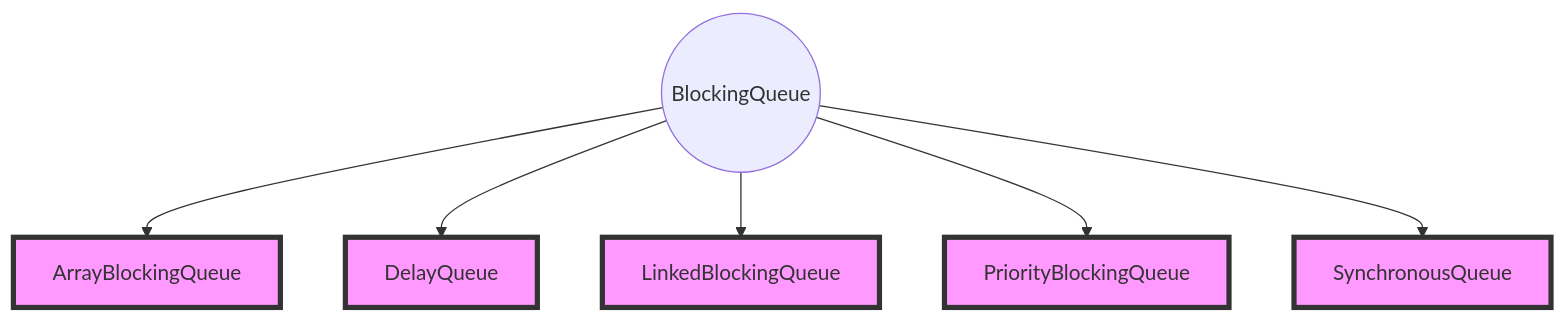
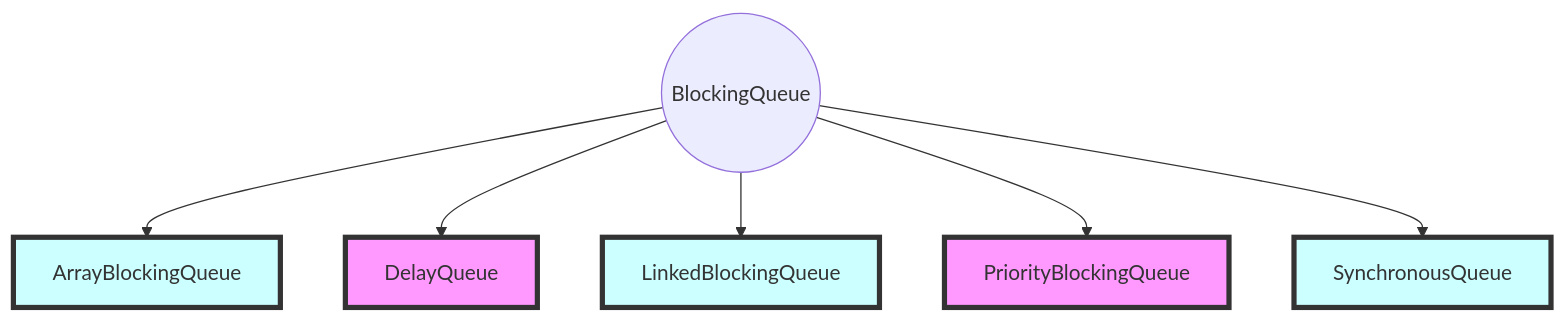
Before and after one commit to gaocn/distributed_techs: the third of 3 diagrams in Java并发编程与高并发解决方案.md, drawn with Mermaid. The commit also changed other lines of this file, not shown here.

````diff
--- a/Java并发编程与高并发解决方案.md
+++ b/Java并发编程与高并发解决方案.md
@@ -2901,19 +2899,19 @@
 ```mermaid
 graph TD
   A((BlockingQueue))
   B[ArrayBlockingQueue]
   C[DelayQueue]
   D[LinkedBlockingQueue]
   E[PriorityBlockingQueue]
   F[SynchronousQueue]
-  style B  fill:#f9f,stroke:#333,stroke-width:4px
+  style B  fill:#cff,stroke:#333,stroke-width:4px
   style C  fill:#f9f,stroke:#333,stroke-width:4px
-  style F  fill:#f9f,stroke:#333,stroke-width:4px
+  style F  fill:#cff,stroke:#333,stroke-width:4px
   style E  fill:#f9f,stroke:#333,stroke-width:4px
-  style D  fill:#f9f,stroke:#333,stroke-width:4px
+  style D  fill:#cff,stroke:#333,stroke-width:4px
   A --> B
   A --> C
   A --> D
   A --> E
   A --> F
 ```
````
